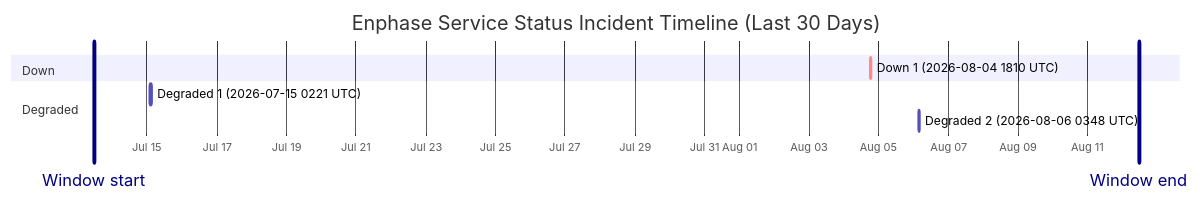
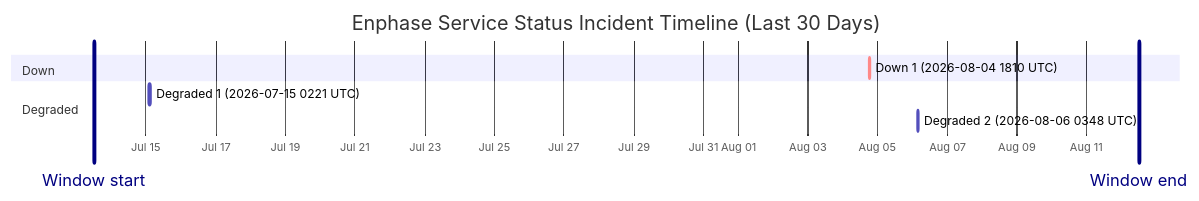
One commit to barneyonline/ha-enphase-energy changed the diagram in wiki/Service-Status-History.md. Above: the diagram before and after it, drawn with Mermaid. The commit also changed other lines of this file and 3 other files, not shown here.

````diff
--- a/wiki/Service-Status-History.md
+++ b/wiki/Service-Status-History.md
@@ -14,13 +14,13 @@
 ```mermaid
 gantt
     title Enphase Service Status Incident Timeline (Last 30 Days)
     dateFormat  YYYY-MM-DDTHH:mm:ss
     axisFormat  %b %d
-    Window start :vert, window-start, 2026-07-13T11:20:40, 0ms
-    Window end :vert, window-end, 2026-08-12T11:20:40, 0ms
+    Window start :vert, window-start, 2026-07-13T12:08:15, 0ms
+    Window end :vert, window-end, 2026-08-12T12:08:15, 0ms
     section Down
     Down 1 (2026-08-04 1810 UTC) :crit, down-1, 2026-08-04T18:10:46, 60m
     section Degraded
     Degraded 1 (2026-07-15 0221 UTC) :active, degraded-1, 2026-07-15T02:21:35, 60m
     Degraded 2 (2026-08-06 0348 UTC) :active, degraded-2, 2026-08-06T03:48:14, 60m
 ```
````
